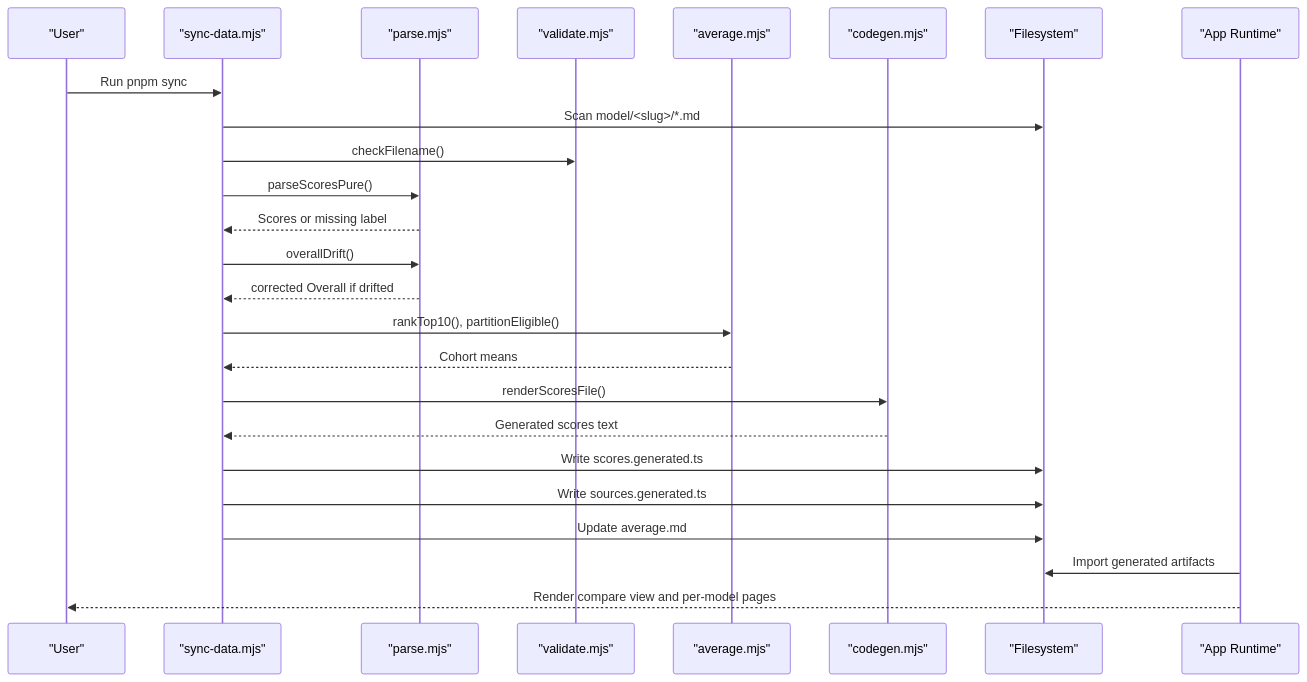
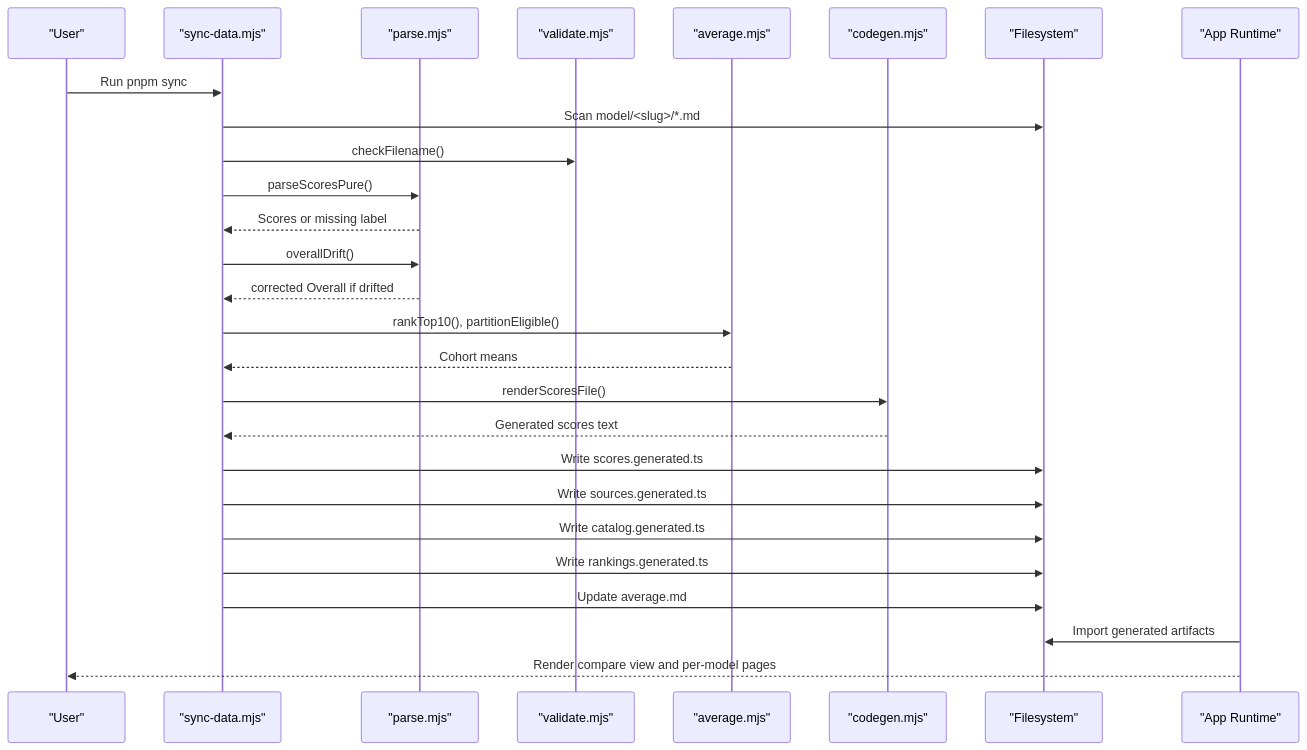
Before and after one commit to delirium-dj/modelcomp: the tenth of 16 diagrams in .qoder/repowiki/en/content/Data Management System/Data Management System.md, drawn with Mermaid. The commit also changed other lines of this file and 188 other files, not shown here.

````diff
--- a/.qoder/repowiki/en/content/Data Management System/Data Management System.md
+++ b/.qoder/repowiki/en/content/Data Management System/Data Management System.md
@@ -317,27 +378,29 @@
 ```mermaid
 sequenceDiagram
 participant User as "User"
 participant Sync as "sync-data.mjs"
 participant Parse as "parse.mjs"
 participant Validate as "validate.mjs"
 participant Average as "average.mjs"
 participant Codegen as "codegen.mjs"
 participant FS as "Filesystem"
 participant App as "App Runtime"
 User->>Sync : Run pnpm sync
 Sync->>FS : Scan model/<slug>/*.md
 Sync->>Validate : checkFilename()
 Sync->>Parse : parseScoresPure()
 Parse-->>Sync : Scores or missing label
 Sync->>Parse : overallDrift()
 Parse-->>Sync : corrected Overall if drifted
 Sync->>Average : rankTop10(), partitionEligible()
 Average-->>Sync : Cohort means
 Sync->>Codegen : renderScoresFile()
 Codegen-->>Sync : Generated scores text
 Sync->>FS : Write scores.generated.ts
 Sync->>FS : Write sources.generated.ts
+Sync->>FS : Write catalog.generated.ts
+Sync->>FS : Write rankings.generated.ts
 Sync->>FS : Update average.md
 App->>FS : Import generated artifacts
 App-->>User : Render compare view and per-model pages
 ```
````
